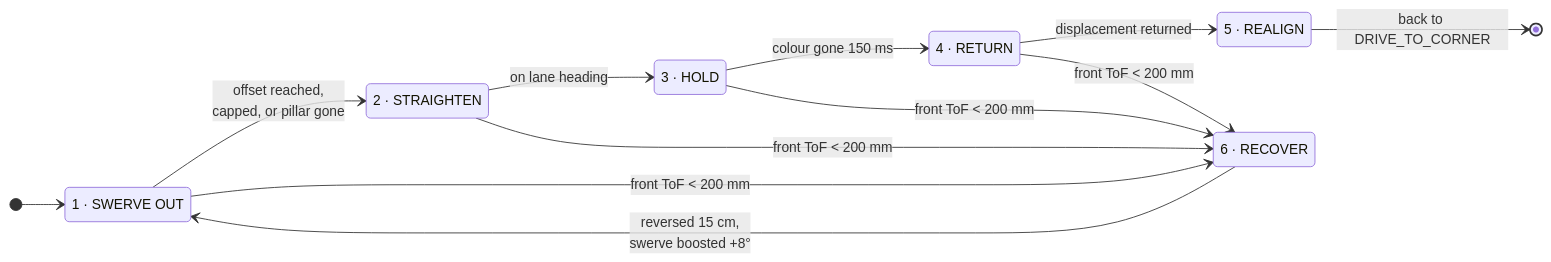
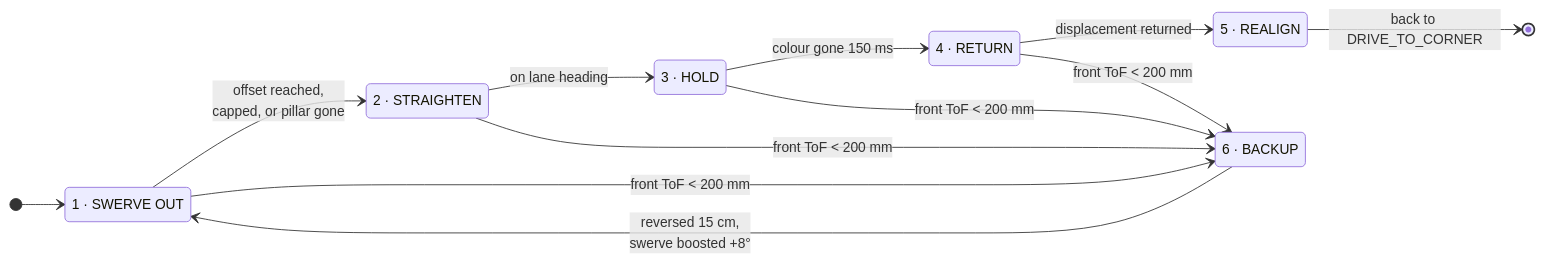
The second of 2 diagrams in docs/control_architecture.md (ShammanRahin/WRO_TeamBluePrint), drawn with Mermaid before and after one commit. The commit also changed other lines of this file and 31 other files, not shown here.

````diff
--- a/docs/control_architecture.md
+++ b/docs/control_architecture.md
@@ -177,21 +184,21 @@
 ```mermaid
 stateDiagram-v2
     direction LR
     [*] --> P1
     P1 : 1 · SWERVE OUT
     P2 : 2 · STRAIGHTEN
     P3 : 3 · HOLD
     P4 : 4 · RETURN
     P5 : 5 · REALIGN
-    P6 : 6 · RECOVER
+    P6 : 6 · BACKUP
     P1 --> P2 : offset reached,<br/>capped, or pillar gone
     P2 --> P3 : on lane heading
     P3 --> P4 : colour gone 150 ms
     P4 --> P5 : displacement returned
     P5 --> [*] : back to DRIVE_TO_CORNER
     P1 --> P6 : front ToF < 200 mm
     P2 --> P6 : front ToF < 200 mm
     P3 --> P6 : front ToF < 200 mm
     P4 --> P6 : front ToF < 200 mm
     P6 --> P1 : reversed 15 cm,<br/>swerve boosted +8°
 ```
````
